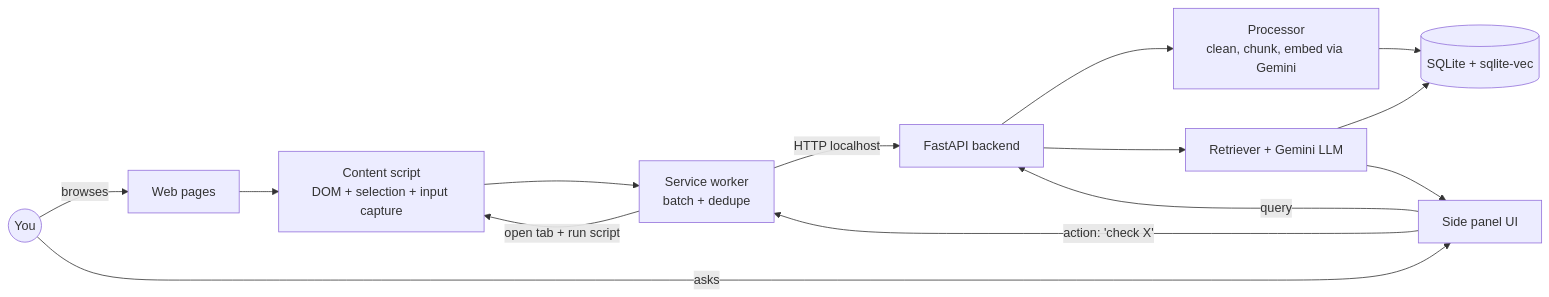
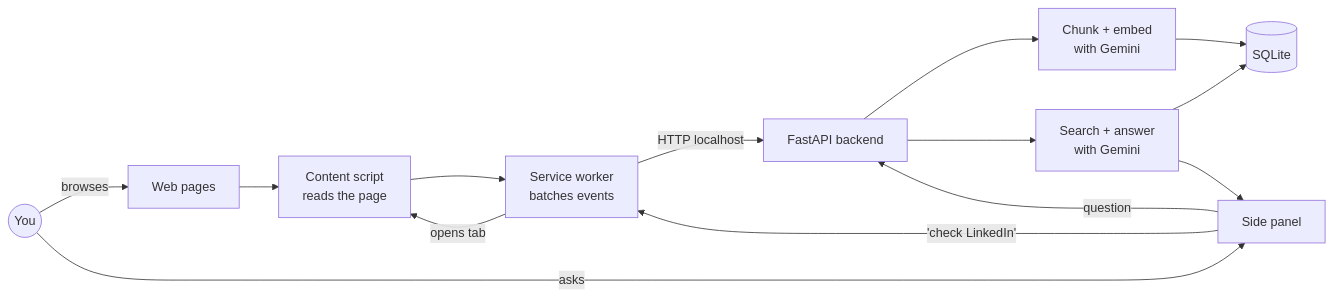
Before and after one commit to adityaramkumar/pc_agent: the diagram in README.md, drawn with Mermaid. The commit also changed other lines of this file and 1 other file, not shown here.

````diff
--- a/README.md
+++ b/README.md
@@ -24,16 +33,16 @@
 ```mermaid
 flowchart LR
     user((You)) -->|browses| pages[Web pages]
-    pages --> cs[Content script<br/>DOM + selection + input capture]
-    cs --> sw[Service worker<br/>batch + dedupe]
+    pages --> cs[Content script<br/>reads the page]
+    cs --> sw[Service worker<br/>batches events]
     sw -->|HTTP localhost| api[FastAPI backend]
-    api --> proc[Processor<br/>clean, chunk, embed via Gemini]
-    proc --> store[(SQLite + sqlite-vec)]
-    user -->|asks| panel[Side panel UI]
-    panel -->|query| api
-    api --> rag[Retriever + Gemini LLM]
+    api --> proc[Chunk + embed<br/>with Gemini]
+    proc --> store[(SQLite)]
+    user -->|asks| panel[Side panel]
+    panel -->|question| api
+    api --> rag[Search + answer<br/>with Gemini]
     rag --> store
     rag --> panel
-    panel -->|action: 'check X'| sw
-    sw -->|open tab + run script| cs
+    panel -->|'check LinkedIn'| sw
+    sw -->|opens tab| cs
 ```
````
